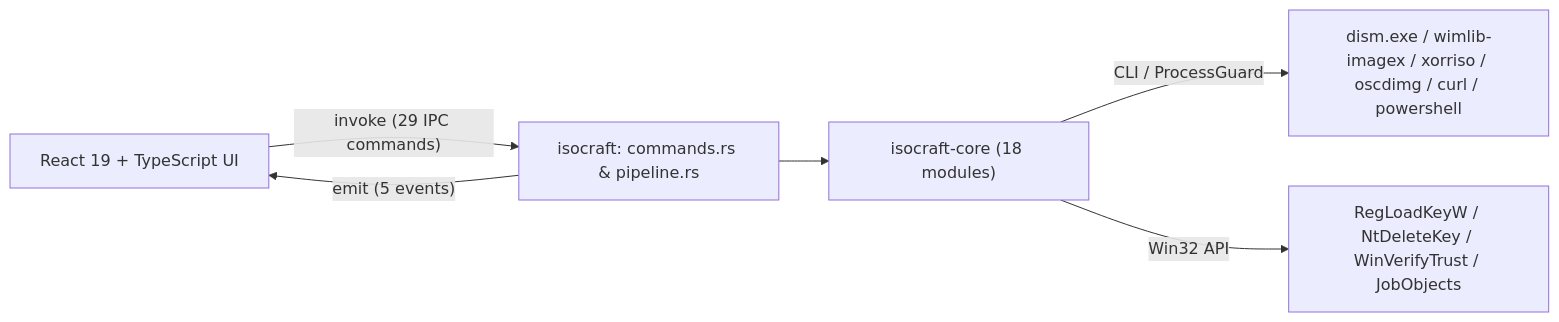
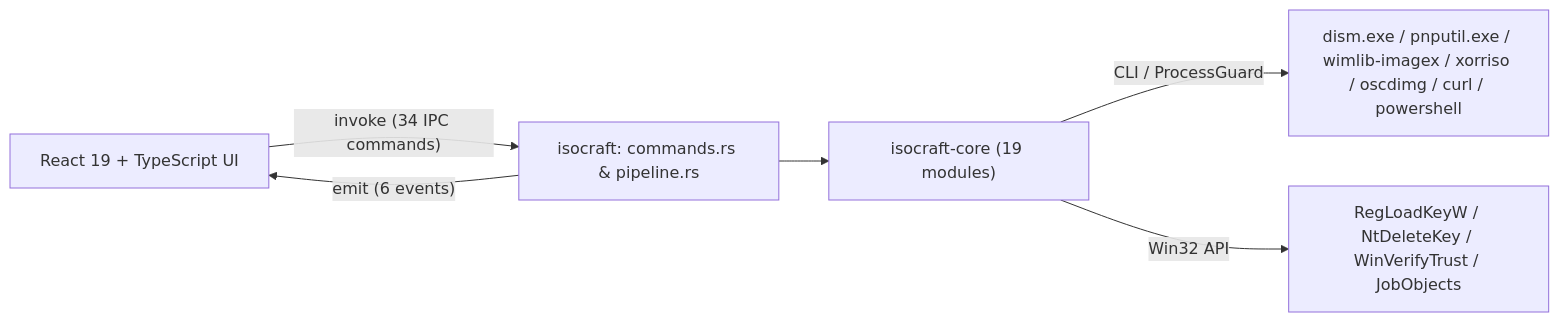
Before and after one commit to Lunqasd1337/ISOCraft: the first of 2 diagrams in docs/ARCHITECTURE.md, drawn with Mermaid. The commit also changed other lines of this file and 35 other files, not shown here.

````diff
--- a/docs/ARCHITECTURE.md
+++ b/docs/ARCHITECTURE.md
@@ -23,8 +23,8 @@
 ```mermaid
 flowchart LR
-  UI["React 19 + TypeScript UI"] -->|"invoke (29 IPC commands)"| CMD["isocraft: commands.rs & pipeline.rs"]
-  CMD -->|"emit (5 events)"| UI
-  CMD --> CORE["isocraft-core (18 modules)"]
-  CORE -->|"CLI / ProcessGuard"| TOOLS["dism.exe / wimlib-imagex / xorriso / oscdimg / curl / powershell"]
+  UI["React 19 + TypeScript UI"] -->|"invoke (34 IPC commands)"| CMD["isocraft: commands.rs & pipeline.rs"]
+  CMD -->|"emit (6 events)"| UI
+  CMD --> CORE["isocraft-core (19 modules)"]
+  CORE -->|"CLI / ProcessGuard"| TOOLS["dism.exe / pnputil.exe / wimlib-imagex / xorriso / oscdimg / curl / powershell"]
   CORE -->|"Win32 API"| WIN["RegLoadKeyW / NtDeleteKey / WinVerifyTrust / JobObjects"]
 ```
````
